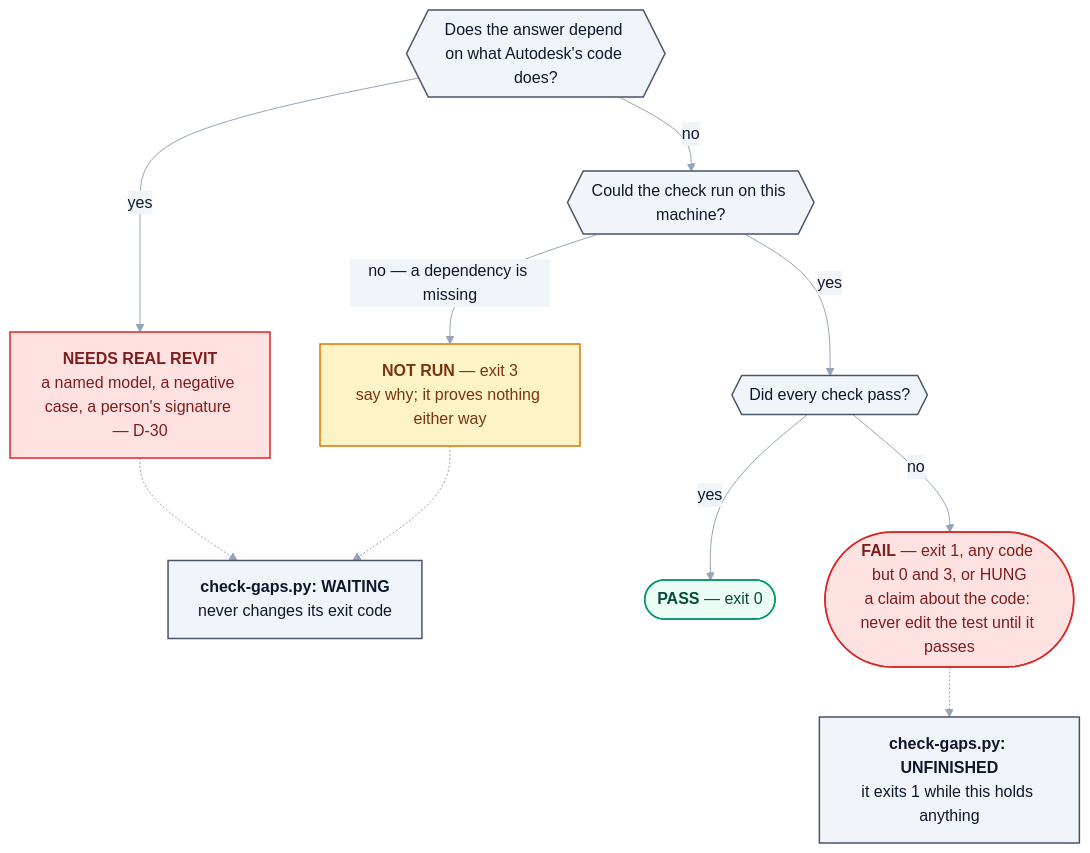
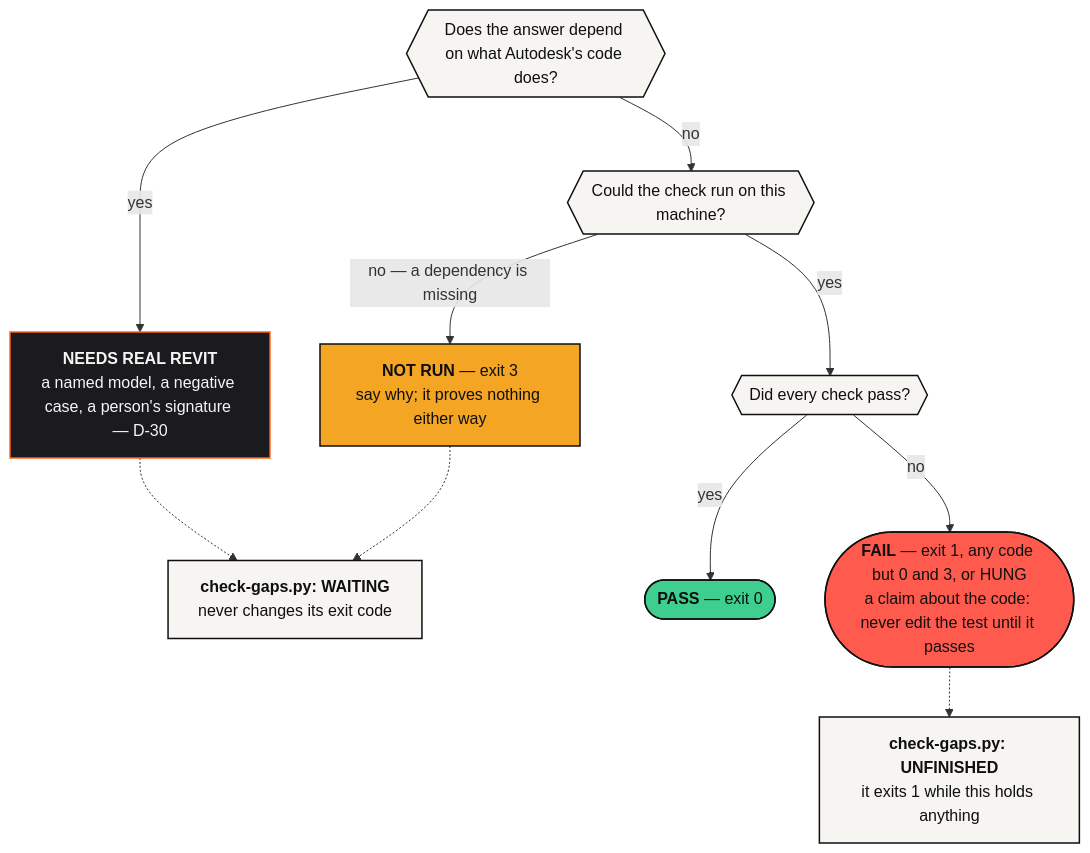
The diagram in docs/13-testing-and-quality.md (Ajmalpshaik/Heron-AI), drawn with Mermaid before and after one commit. The commit also changed 44 other files, not shown here.

First line of the commit message:
Diagrams in the other docs move to the brand palette (D-149, #1116)

````diff
--- a/docs/13-testing-and-quality.md
+++ b/docs/13-testing-and-quality.md
@@ -38,33 +38,33 @@
 ```mermaid
-%%{init: {"themeVariables": {"edgeLabelBackground":"#F1F5F9","lineColor":"#94A3B8","textColor":"#0F172A","tertiaryTextColor":"#0F172A"}}}%%
 flowchart TD
     Q1{{"Does the answer depend on what Autodesk's code does?"}}
     NR["<b>NEEDS REAL REVIT</b><br/>a named model, a negative case, a person's signature — D-30"]
     Q2{{"Could the check run on this machine?"}}
     NOT["<b>NOT RUN</b> — exit 3<br/>say why; it proves nothing either way"]
     Q3{{"Did every check pass?"}}
     PASS(["<b>PASS</b> — exit 0"])
     FAIL(["<b>FAIL</b> — exit 1, any code but 0 and 3, or HUNG<br/>a claim about the code: never edit the test until it passes"])
     WA["<b>check-gaps.py: WAITING</b><br/>never changes its exit code"]
     UN["<b>check-gaps.py: UNFINISHED</b><br/>it exits 1 while this holds anything"]
 
     Q1 -->|"yes"| NR
     Q1 -->|"no"| Q2
     Q2 -->|"no — a dependency is missing"| NOT
     Q2 -->|"yes"| Q3
     Q3 -->|"yes"| PASS
     Q3 -->|"no"| FAIL
     NR -.-> WA
     NOT -.-> WA
     FAIL -.-> UN
 
-    classDef user fill:#F1F5F9,stroke:#475569,stroke-width:1.5px,color:#0F172A
-    classDef brain fill:#ECFDF5,stroke:#059669,stroke-width:1.5px,color:#064E3B
-    classDef addin fill:#FEF3C7,stroke:#D97706,stroke-width:1.5px,color:#78350F
-    classDef revit fill:#FEE2E2,stroke:#DC2626,stroke-width:1.5px,color:#7F1D1D
+    classDef user fill:#F7F5F2,stroke:#0F0F10,stroke-width:1.5px,color:#0F0F10
+    classDef brain fill:#3ECF8E,stroke:#0F0F10,stroke-width:1.5px,color:#0F0F10
+    classDef addin fill:#F5A524,stroke:#0F0F10,stroke-width:1.5px,color:#0F0F10
+    classDef revit fill:#1B1B1F,stroke:#FD641A,stroke-width:1.5px,color:#F7F5F2
+    classDef stop fill:#FF5A4E,stroke:#0F0F10,stroke-width:1.5px,color:#0F0F10
     class Q1,Q2,Q3,WA,UN user
     class NR revit
     class NOT addin
     class PASS brain
-    class FAIL revit
+    class FAIL stop
 ```
````
